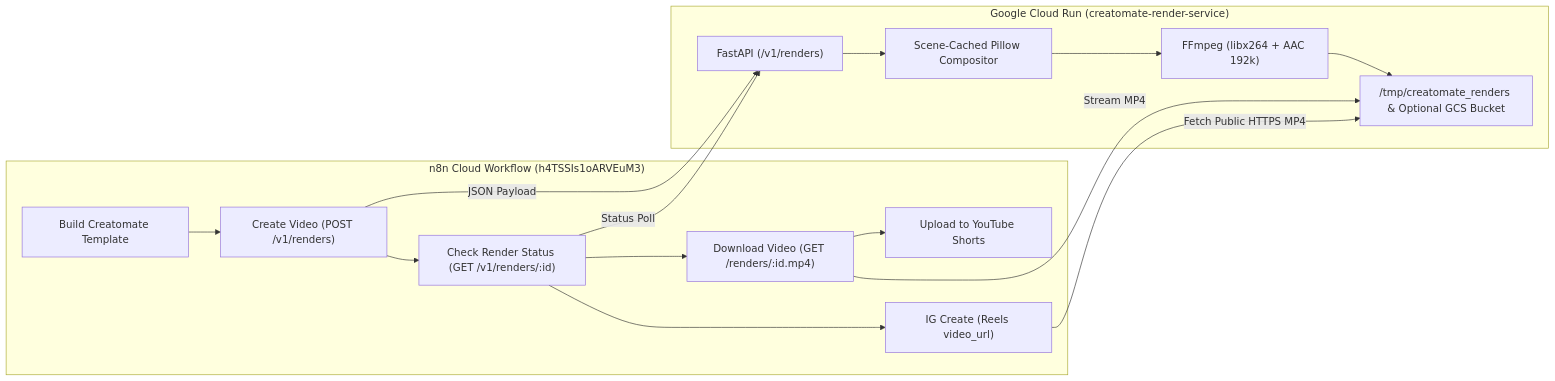
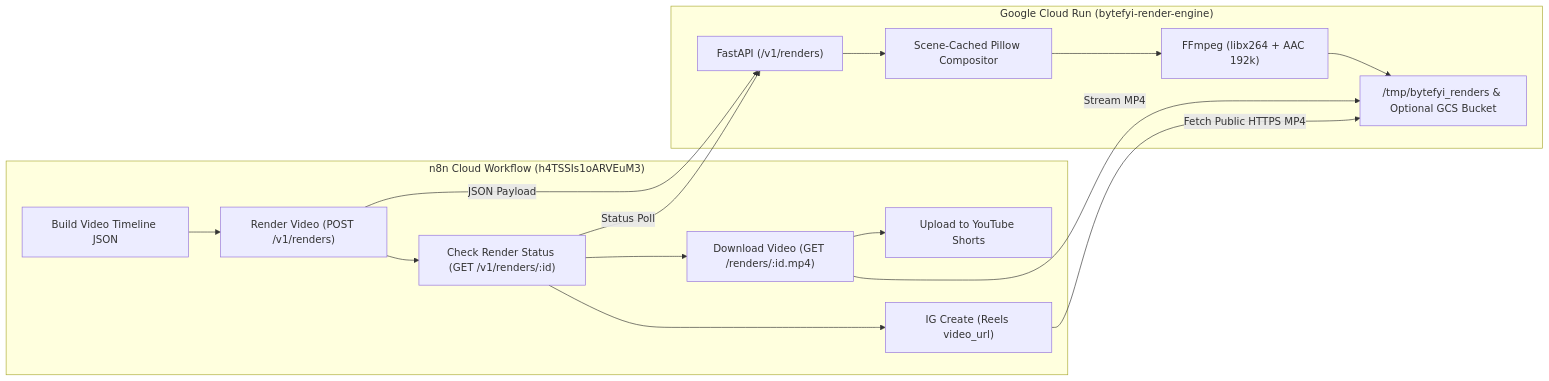
One commit to vbalaraman0406/bytefyi-render-engine changed the diagram in README.md. Above: the diagram before and after it, drawn with Mermaid. The commit also changed other lines of this file and 8 other files, not shown here.

Commit message:
Rebrand service and codebase to ByteFYI Render Engine (bytefyi-render-engine)

````diff
--- a/README.md
+++ b/README.md
@@ -23,21 +23,21 @@
 ```mermaid
 flowchart LR
     subgraph N8N["n8n Cloud Workflow (h4TSSIs1oARVEuM3)"]
-        A["Build Creatomate Template"] --> B["Create Video (POST /v1/renders)"]
+        A["Build Video Timeline JSON"] --> B["Render Video (POST /v1/renders)"]
         B --> C["Check Render Status (GET /v1/renders/:id)"]
         C --> D["Download Video (GET /renders/:id.mp4)"]
         D --> E["Upload to YouTube Shorts"]
         C --> F["IG Create (Reels video_url)"]
     end
 
-    subgraph GCP["Google Cloud Run (creatomate-render-service)"]
+    subgraph GCP["Google Cloud Run (bytefyi-render-engine)"]
         API["FastAPI (/v1/renders)"] --> ENG["Scene-Cached Pillow Compositor"]
         ENG --> FFMPEG["FFmpeg (libx264 + AAC 192k)"]
-        FFMPEG --> STORE["/tmp/creatomate_renders & Optional GCS Bucket"]
+        FFMPEG --> STORE["/tmp/bytefyi_renders & Optional GCS Bucket"]
     end
 
     B -->|JSON Payload| API
     C -->|Status Poll| API
     D -->|Stream MP4| STORE
     F -->|Fetch Public HTTPS MP4| STORE
 ```
````
